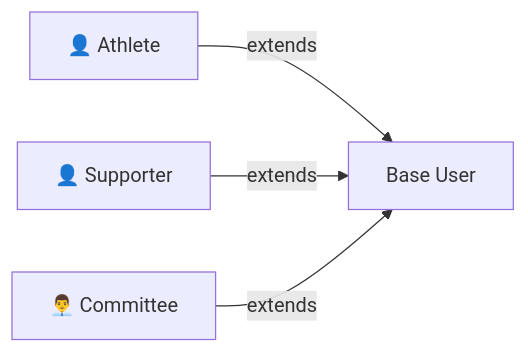
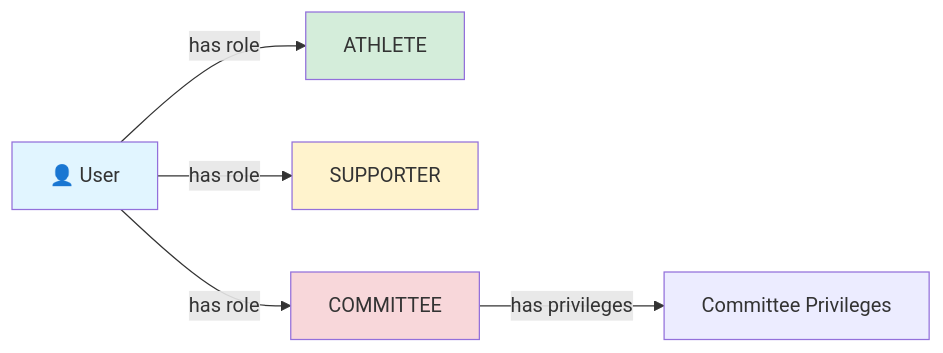
Before and after one commit to carlosmeisen/DouroBats: the first of 3 diagrams in docs/domain/use-cases.md, drawn with Mermaid. The commit also changed other lines of this file and 2 other files, not shown here.

Commit message:
Fix Mermaid diagram syntax errors and correct actor model
**Fixes:**
1. class-diagram.md: Remove invalid Venue-Sport many-to-many relationship syntax
   - Relationship is managed through sportTags JSON field, not direct relation

2. er-diagram.md: Fix ATHLETE_PROFILE.user_id constraint notation
   - Changed from "FK UK" to "FK" with "unique" comment (valid Mermaid syntax)

3. use-cases.md: Correct Actor Overview diagram
   - Removed incorrect inheritance/extends model (Base User)
   - Updated to show single User class with has-role relationships
   - Added note about valid role combinations
   - Reflects actual multi-role system design

**Result:** All Mermaid diagrams now render correctly and accurately represent the domain model with single User class + UserRole entities.

🤖 Generated with [Claude Code](https://claude.com/claude-code)

````diff
--- a/docs/domain/use-cases.md
+++ b/docs/domain/use-cases.md
@@ -7,12 +7,15 @@
 ```mermaid
 graph LR
-    Athlete[👤 Athlete]
-    Supporter[👤 Supporter]
-    Committee[👨‍💼 Committee]
+    User[👤 User]
 
-    Athlete -->|extends| User
-    Supporter -->|extends| User
-    Committee -->|extends| User
+    User -->|has role| Athlete[ATHLETE]
+    User -->|has role| Supporter[SUPPORTER]
+    User -->|has role| Committee[COMMITTEE]
 
-    User[Base User]
+    Committee -->|has privileges| Privileges[Committee Privileges]
+
+    style User fill:#e1f5ff
+    style Athlete fill:#d4edda
+    style Supporter fill:#fff3cd
+    style Committee fill:#f8d7da
 ```
````
